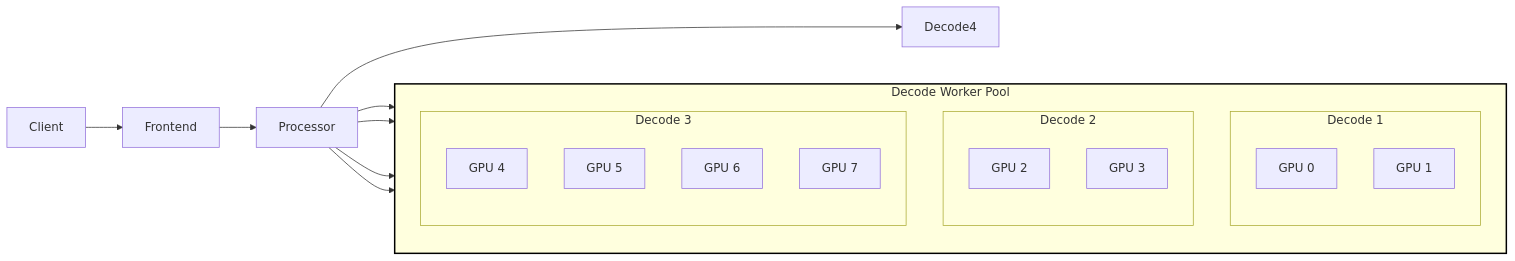
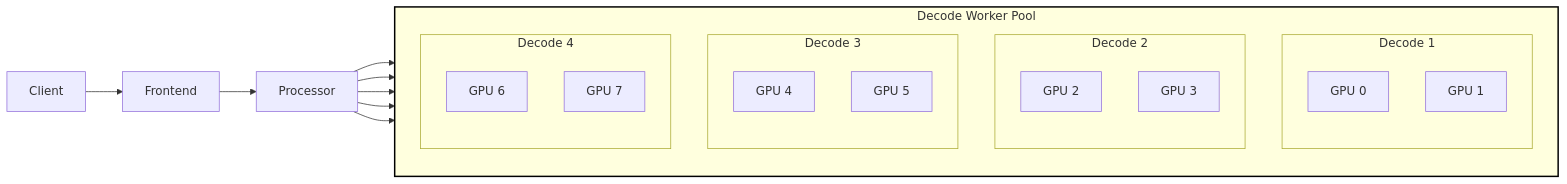
One commit to ai-dynamo/dynamo changed the second of 2 diagrams in tests/fault_tolerance/README.md. Above: the diagram before and after it, drawn with Mermaid.

````diff
--- a/tests/fault_tolerance/README.md
+++ b/tests/fault_tolerance/README.md
@@ -109,45 +109,45 @@
 ```mermaid
 graph LR
     Client["Client"]
     Frontend["Frontend"]
     Processor["Processor"]
 
     Client --> Frontend
     Frontend --> Processor
     Processor --> DecodePool
 
     %% Decode Worker Pool (vertical layout)
     subgraph DecodePool["Decode Worker Pool"]
         direction TB
         subgraph Decode1["Decode 1"]
             direction TB
             D1GPU0["GPU 0"]
             D1GPU1["GPU 1"]
         end
         subgraph Decode2["Decode 2"]
             direction TB
             D2GPU0["GPU 2"]
             D2GPU1["GPU 3"]
         end
         subgraph Decode3["Decode 3"]
             direction TB
             D3GPU0["GPU 4"]
             D3GPU1["GPU 5"]
         end
-        subgraph Decode3["Decode 4"]
+        subgraph Decode4["Decode 4"]
             direction TB
             D4GPU0["GPU 6"]
             D4GPU1["GPU 7"]
         end
 
     end
 
     %% Connections
     Processor --> Decode1
     Processor --> Decode2
 	Processor --> Decode3
     Processor --> Decode4
 
     %% Styling
     style DecodePool stroke:#000,stroke-width:2px
 ```
````
